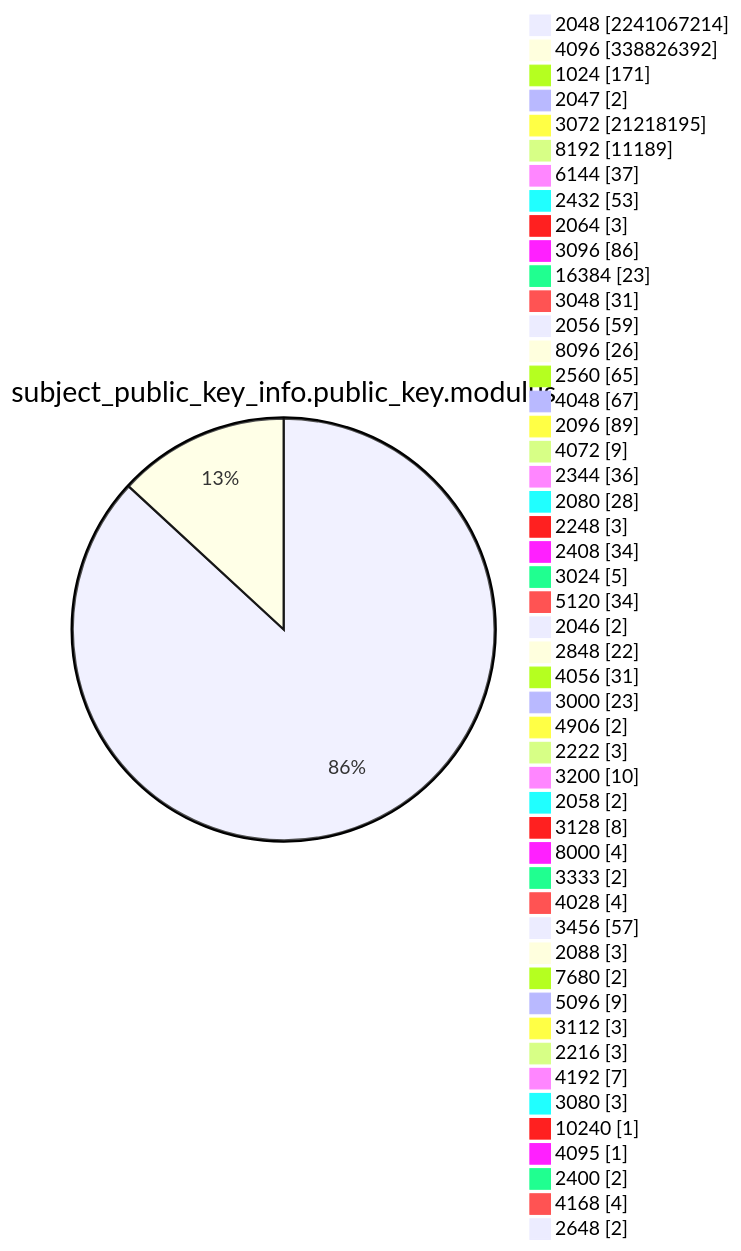
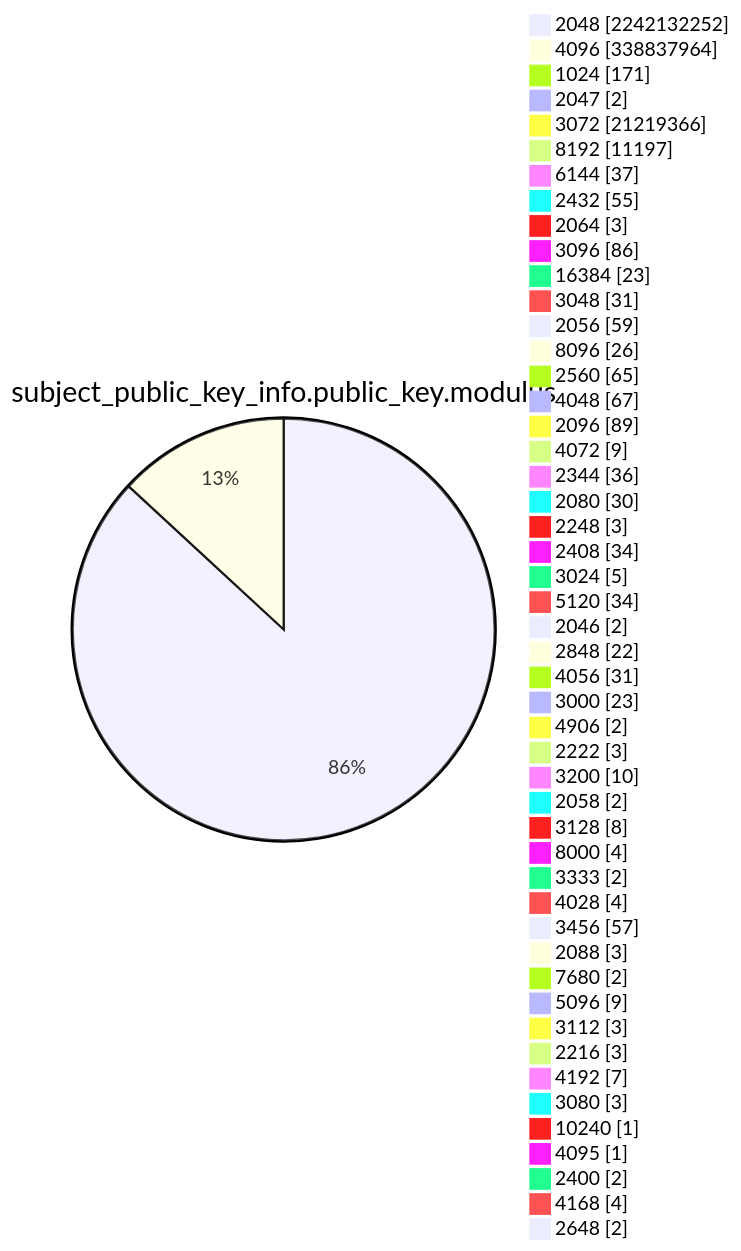
Before and after one commit to christiankrug/ctmonitor_visualization: diagram 13 of 15 in TOTAL/README.md, drawn with Mermaid. The commit also changed other lines of this file, not shown here.

````diff
--- a/TOTAL/README.md
+++ b/TOTAL/README.md
@@ -4159,53 +4159,53 @@
 ```mermaid
 pie showData
 title subject_public_key_info.public_key.modulus
-"2048" :2241067214
-"4096" :338826392
+"2048" :2242132252
+"4096" :338837964
 "1024" :171
 "2047" :2
-"3072" :21218195
-"8192" :11189
+"3072" :21219366
+"8192" :11197
 "6144" :37
-"2432" :53
+"2432" :55
 "2064" :3
 "3096" :86
 "16384" :23
 "3048" :31
 "2056" :59
 "8096" :26
 "2560" :65
 "4048" :67
 "2096" :89
 "4072" :9
 "2344" :36
-"2080" :28
+"2080" :30
 "2248" :3
 "2408" :34
 "3024" :5
 "5120" :34
 "2046" :2
 "2848" :22
 "4056" :31
 "3000" :23
 "4906" :2
 "2222" :3
 "3200" :10
 "2058" :2
 "3128" :8
 "8000" :4
 "3333" :2
 "4028" :4
 "3456" :57
 "2088" :3
 "7680" :2
 "5096" :9
 "3112" :3
 "2216" :3
 "4192" :7
 "3080" :3
 "10240" :1
 "4095" :1
 "2400" :2
 "4168" :4
 "2648" :2
 ```
````
